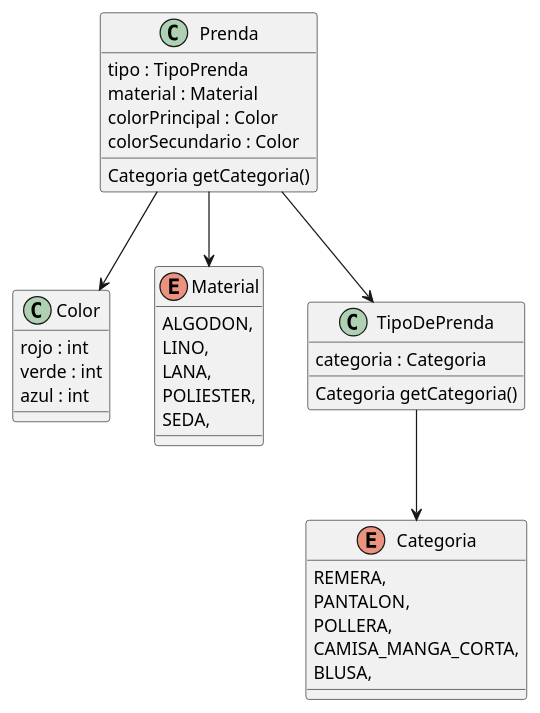
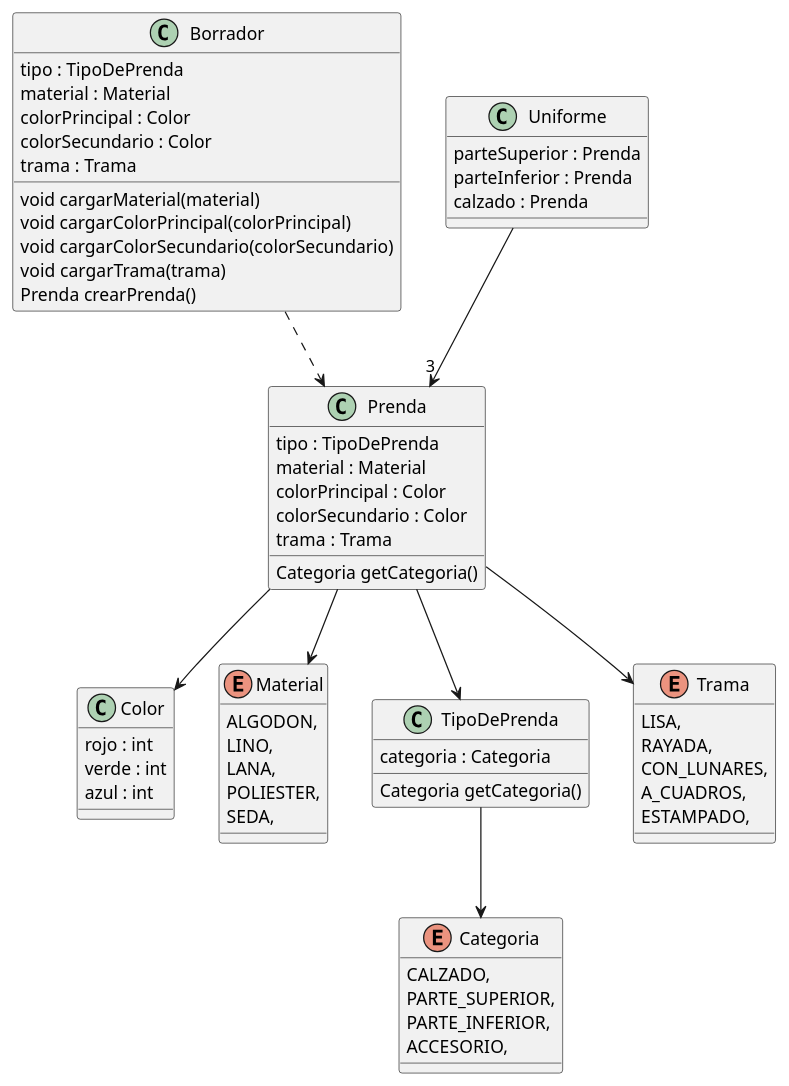
The diagram in diagrama.puml (mbeorlegui/que-me-pongo), drawn with PlantUML before and after one commit. The commit also changed 2 other files, not shown here.

```diff
--- a/diagrama.puml
+++ b/diagrama.puml
@@ -1,49 +1,90 @@
 @startuml QMP1
 
 class Prenda {
-  tipo : TipoPrenda
+  tipo : TipoDePrenda
   material : Material
   colorPrincipal : Color
   colorSecundario : Color
+  trama : Trama
 
   Categoria getCategoria()
 }
 
 
 class Color {
   rojo : int
   verde : int
   azul : int 
 }
 
-enum Categoria{
-  REMERA, 
-  PANTALON, 
-  POLLERA, 
-  CAMISA_MANGA_CORTA, 
-  BLUSA,
+enum Categoria {
+  CALZADO,
+  PARTE_SUPERIOR,
+  PARTE_INFERIOR,
+  ACCESORIO,
 }
 
 enum Material {
   ALGODON,
   LINO,
   LANA,
   POLIESTER,
   SEDA,
 }
 
 class TipoDePrenda {
   categoria : Categoria  
   
   Categoria getCategoria()
 }
 
 Prenda --> Material
 Prenda --> TipoDePrenda
 Prenda --> Color
 TipoDePrenda --> Categoria
 ' Prenda conoce su Material
 ' Prenda --> "1" Categoria
 
 
+enum Trama{
+  LISA,
+  RAYADA,
+  CON_LUNARES,
+  A_CUADROS,
+  ESTAMPADO,
+}
+
+' Trama corresponde a la tela, eso quiere decir que
+' corresponde al Material? De ser asi debemos agregarle comportamiento
+' al enum de Material creo
+' IMO: Hay que agregarlo directamente a la prenda como propiedad
+Prenda --> Trama
+
+' El borrador deberia ser una clase "parecida" a la Prenda, e
+' incluso dentro de su constructor, podemos hacer las validaciones
+' de los datos para crear a la prenda desde alli
+
+class Borrador {
+  tipo : TipoDePrenda
+  material : Material
+  colorPrincipal : Color
+  colorSecundario : Color
+  trama : Trama
+
+  void cargarMaterial(material)
+  void cargarColorPrincipal(colorPrincipal)
+  void cargarColorSecundario(colorSecundario)
+  void cargarTrama(trama)
+  Prenda crearPrenda()
+}
+
+class Uniforme {
+  parteSuperior : Prenda
+  parteInferior : Prenda
+  calzado : Prenda
+}
+
+Uniforme -->"3" Prenda
+Borrador ..> Prenda
+
 @enduml
```
